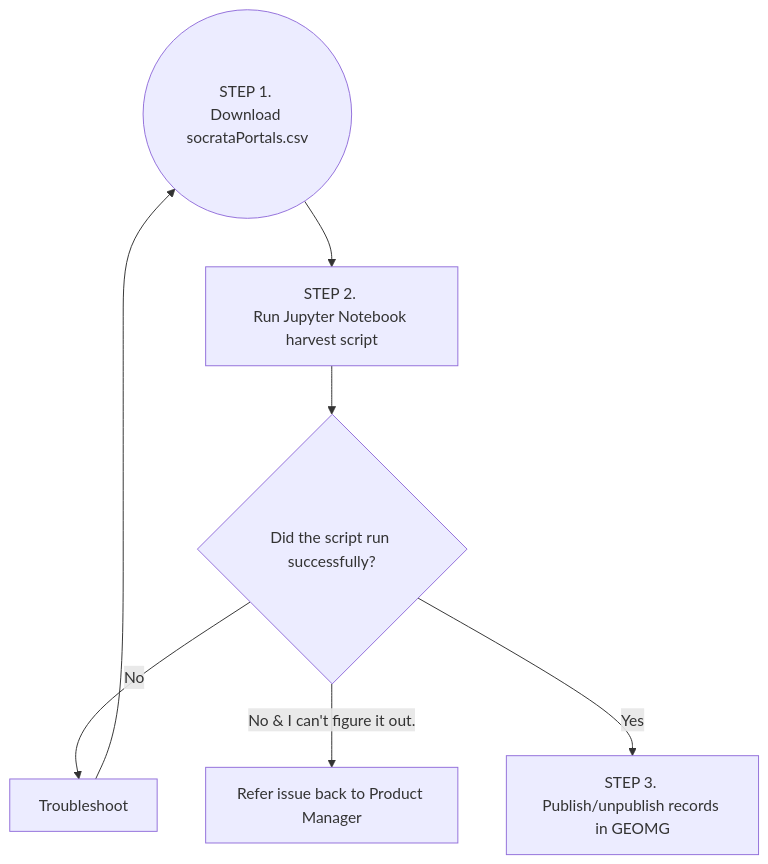
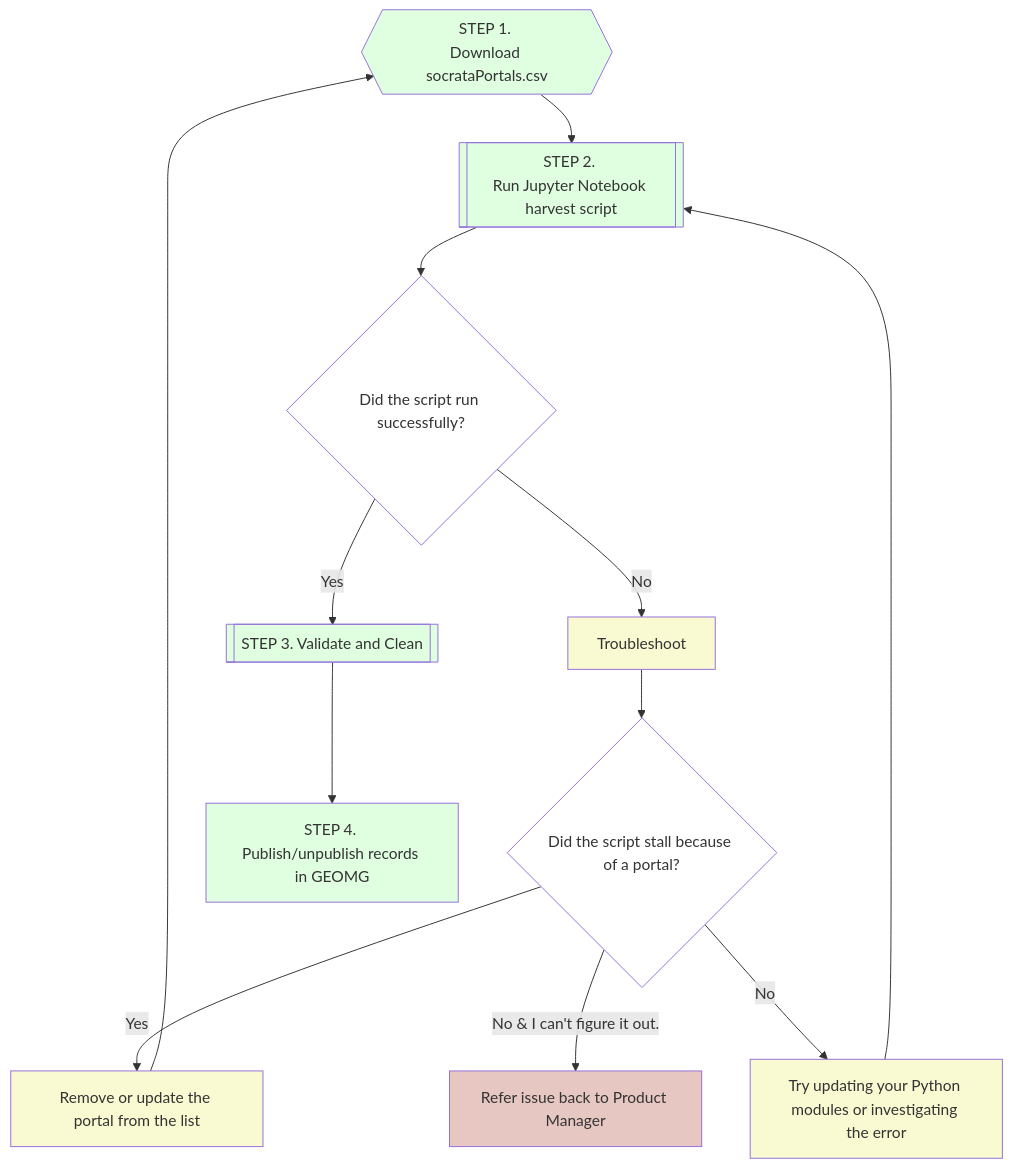
One commit to geobtaa/metadata changed the diagram in docs/recipes/R-02_socrata.md. Above: the diagram before and after it, drawn with Mermaid. The commit also changed other lines of this file and 11 other files, not shown here.

````diff
--- a/docs/recipes/R-02_socrata.md
+++ b/docs/recipes/R-02_socrata.md
@@ -11,11 +11,21 @@
 ``` mermaid
 graph TB
 
-A((STEP 1. <br>Download socrataPortals.csv)) --> B[STEP 2. <br>Run Jupyter Notebook harvest script] ;
-B --> C{Did the script run successfully?};
-C --> |No| D[Troubleshoot];
-D -->A;
-C --> |No & I can't figure it out.| F[Refer issue back to Product Manager];
-C --> |Yes| E[STEP 3. <br>Publish/unpublish records in GEOMG]; 
+A{{STEP 1. <br>Download socrataPortals.csv}}:::green --> B[[STEP 2. <br>Run Jupyter Notebook harvest script]]:::green;
+B --> C{Did the script run successfully?}:::white;
+C --> |No| D[Troubleshoot]:::yellow;
+D --> H{Did the script stall because of a portal?}:::white;
+H --> |Yes| I[Remove or update the portal from the list]:::yellow;
+H --> |No & I can't figure it out.| F[Refer issue back to Product Manager]:::red;
+H --> |No| J[Try updating your Python modules or investigating the error]:::yellow;
+J --> B;
+I --> A;
+C --> |Yes| K[[STEP 3. Validate and Clean]]:::green; 
+K --> E[STEP 4. <br>Publish/unpublish records in GEOMG]:::green; 
+
+classDef green fill:#E0FFE0
+classDef yellow fill:#FAFAD2
+classDef red fill:#E6C7C2
+classDef white fill:#FFFFFF
 
 ```
````
